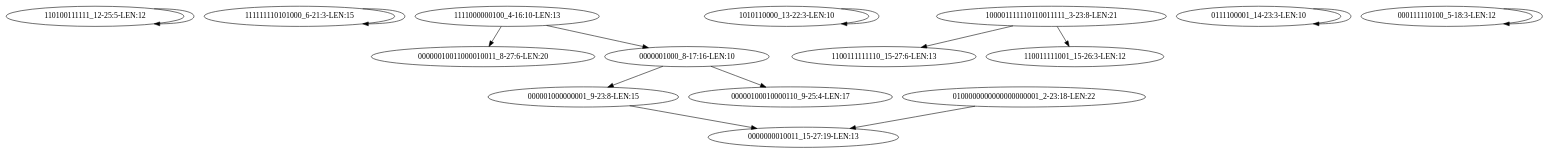
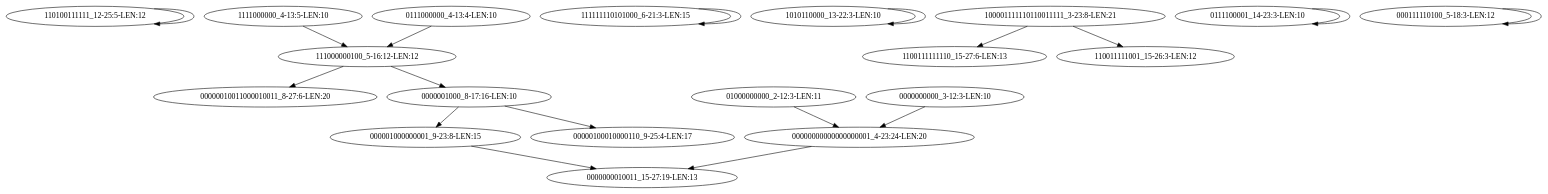
The diagram in mussels/all-min5/intermediate/clean_unitigs_1.dot (bluenote-1577/devider-test), drawn with Graphviz before and after one commit. The commit also changed 181 other files, not shown here.

```diff
--- a/mussels/all-min5/intermediate/clean_unitigs_1.dot
+++ b/mussels/all-min5/intermediate/clean_unitigs_1.dot
@@ -1,15 +1,19 @@
 digraph G {
     "110100111111_12-25:5-LEN:12" -> "110100111111_12-25:5-LEN:12";
+    "1111000000_4-13:5-LEN:10" -> "111000000100_5-16:12-LEN:12";
+    "01000000000_2-12:3-LEN:11" -> "00000000000000000001_4-23:24-LEN:20";
     "111111110101000_6-21:3-LEN:15" -> "111111110101000_6-21:3-LEN:15";
-    "1111000000100_4-16:10-LEN:13" -> "00000010011000010011_8-27:6-LEN:20";
-    "1111000000100_4-16:10-LEN:13" -> "0000001000_8-17:16-LEN:10";
+    "0000000000_3-12:3-LEN:10" -> "00000000000000000001_4-23:24-LEN:20";
     "000001000000001_9-23:8-LEN:15" -> "0000000010011_15-27:19-LEN:13";
+    "0111000000_4-13:4-LEN:10" -> "111000000100_5-16:12-LEN:12";
     "1010110000_13-22:3-LEN:10" -> "1010110000_13-22:3-LEN:10";
+    "00000000000000000001_4-23:24-LEN:20" -> "0000000010011_15-27:19-LEN:13";
     "100001111110110011111_3-23:8-LEN:21" -> "1100111111110_15-27:6-LEN:13";
     "100001111110110011111_3-23:8-LEN:21" -> "110011111001_15-26:3-LEN:12";
     "0111100001_14-23:3-LEN:10" -> "0111100001_14-23:3-LEN:10";
-    "0100000000000000000001_2-23:18-LEN:22" -> "0000000010011_15-27:19-LEN:13";
+    "111000000100_5-16:12-LEN:12" -> "00000010011000010011_8-27:6-LEN:20";
+    "111000000100_5-16:12-LEN:12" -> "0000001000_8-17:16-LEN:10";
     "0000001000_8-17:16-LEN:10" -> "00000100010000110_9-25:4-LEN:17";
     "0000001000_8-17:16-LEN:10" -> "000001000000001_9-23:8-LEN:15";
     "000111110100_5-18:3-LEN:12" -> "000111110100_5-18:3-LEN:12";
 }
```
